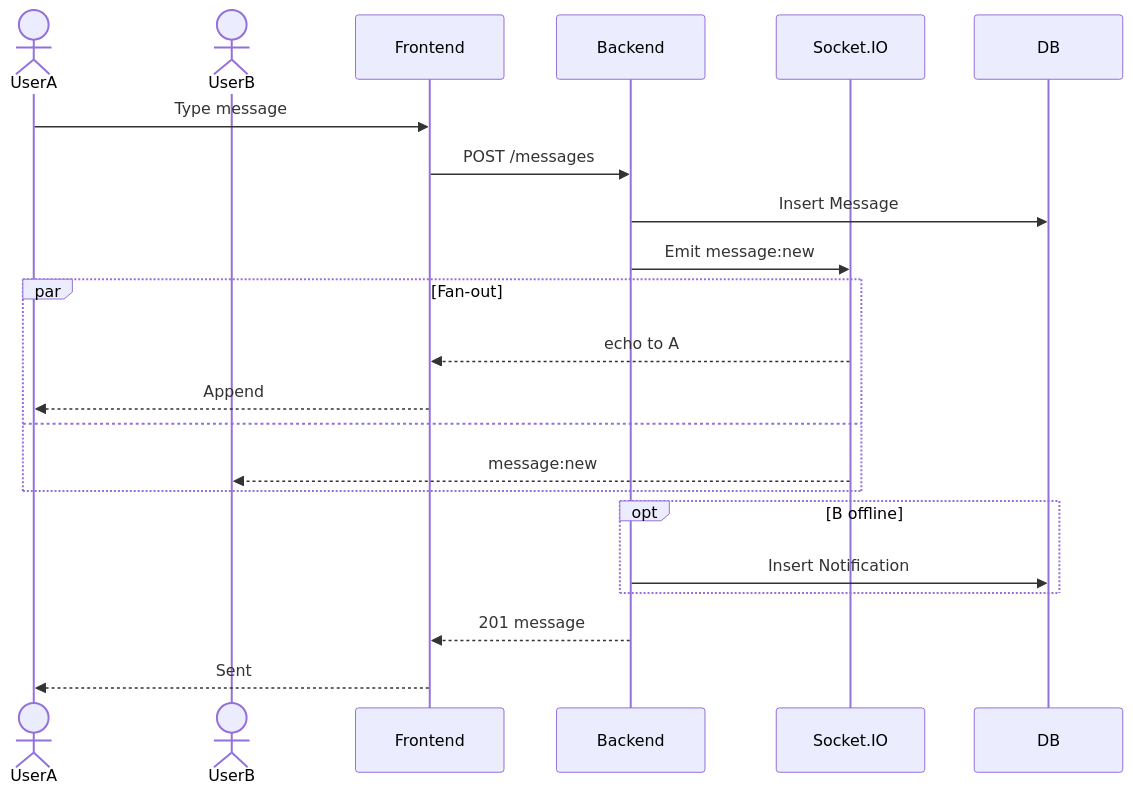
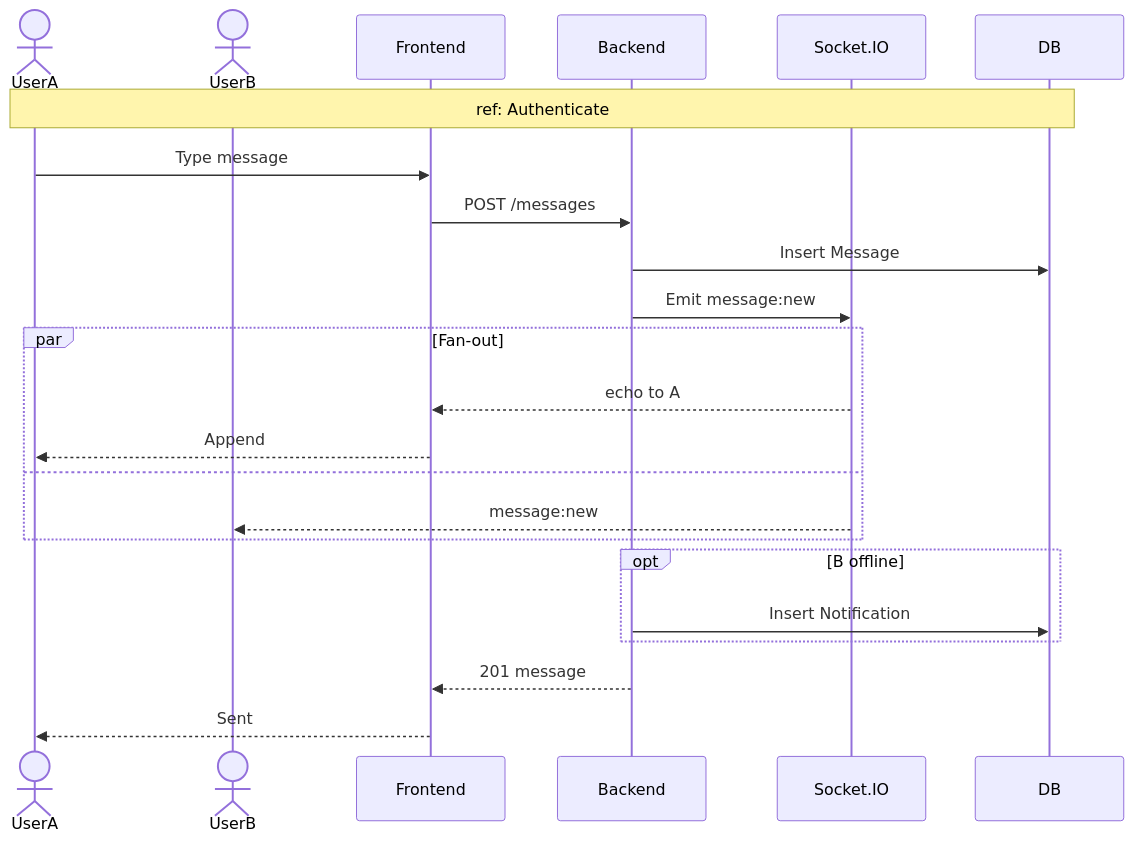
The fourth of 8 diagrams in docs/07_chapitre5_sprint3.md (MaizaAymen/OmniLearn), drawn with Mermaid before and after one commit.

````diff
--- a/docs/07_chapitre5_sprint3.md
+++ b/docs/07_chapitre5_sprint3.md
@@ -190,28 +190,30 @@
 ```mermaid
 sequenceDiagram
     actor A as UserA
     actor B as UserB
     participant FE as Frontend
     participant API as Backend
     participant Hub as Socket.IO
     participant DB as DB
+
+    Note over A,DB: ref: Authenticate
 
     A->>FE: Type message
     FE->>API: POST /messages
     API->>DB: Insert Message
     API->>Hub: Emit message:new
 
     par Fan-out
         Hub-->>FE: echo to A
         FE-->>A: Append
     and
         Hub-->>B: message:new
     end
 
     opt B offline
         API->>DB: Insert Notification
     end
 
     API-->>FE: 201 message
     FE-->>A: Sent
 ```
````
